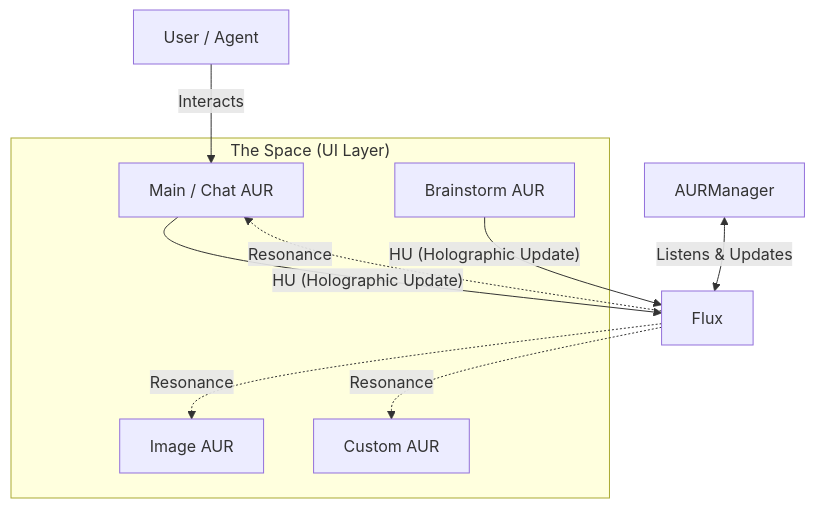
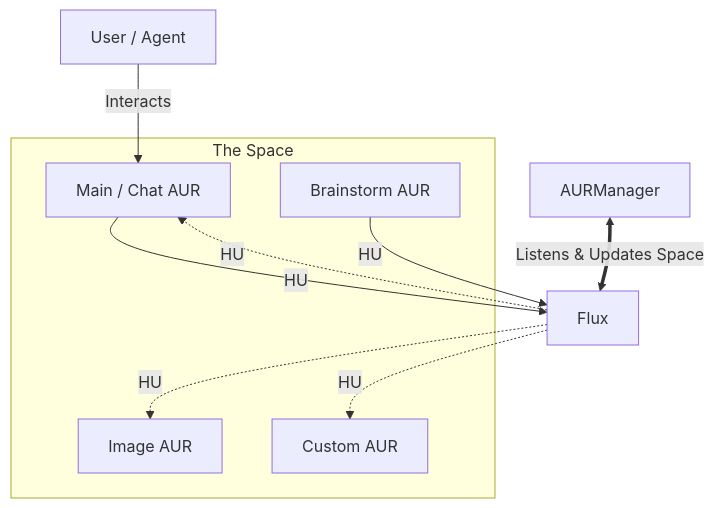
One commit to bahadiri/Aura changed the diagram in documents/Architecture.md. Above: the diagram before and after it, drawn with Mermaid.

Commit message:
docs: Finalize architecture diagram (HU, The Space, Manager)

````diff
--- a/documents/Architecture.md
+++ b/documents/Architecture.md
@@ -12,22 +12,22 @@
 ```mermaid
 graph TD
     User[User / Agent] -->|Interacts| MainAUR[Main / Chat AUR]
     
     Manager[AURManager]
     Flux[Flux]
     
-    Manager <-->|Listens & Updates| Flux
+    Manager <==>|Listens & Updates Space| Flux
 
-    subgraph "The Space (UI Layer)"
+    subgraph "The Space"
         MainAUR
         AUR1[Brainstorm AUR]
         AUR2[Image AUR]
         AUR3[Custom AUR]
     end
 
-    MainAUR -->|"HU (Holographic Update)"| Flux
-    AUR1 -->|"HU (Holographic Update)"| Flux
-    Flux -.->|Resonance| AUR2
-    Flux -.->|Resonance| AUR3
-    Flux -.->|Resonance| MainAUR
+    MainAUR -->|"HU"| Flux
+    AUR1 -->|"HU"| Flux
+    Flux -.->|"HU"| AUR2
+    Flux -.->|"HU"| AUR3
+    Flux -.->|"HU"| MainAUR
 ```
````
